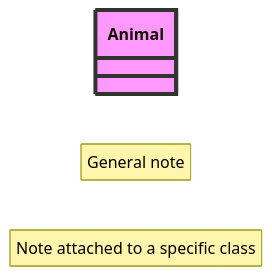
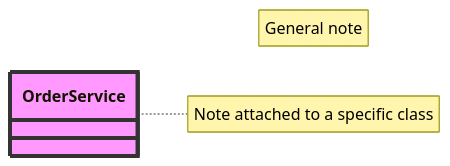
Before and after one commit to flatrick/agent-skills: the fifth of 5 diagrams in mastery-of-mermaid/references/class-diagram.md, drawn with Mermaid. The commit also changed other lines of this file and 44 other files, not shown here.

First line of the commit message:
docs: retheme mastery-of-mermaid examples to software-dev scenarios

````diff
--- a/mastery-of-mermaid/references/class-diagram.md
+++ b/mastery-of-mermaid/references/class-diagram.md
@@ -116,10 +116,10 @@
 ```mermaid
 classDiagram
     direction RL
     note "General note"
-    note for MyClass "Note attached to a specific class"
-    class Animal
-    style Animal fill:#f9f,stroke:#333,stroke-width:4px
-    class Animal:::pink
+    note for OrderService "Note attached to a specific class"
+    class OrderService
+    style OrderService fill:#f9f,stroke:#333,stroke-width:4px
+    class OrderService:::pink
     classDef pink fill:#f9f
 ```
````
